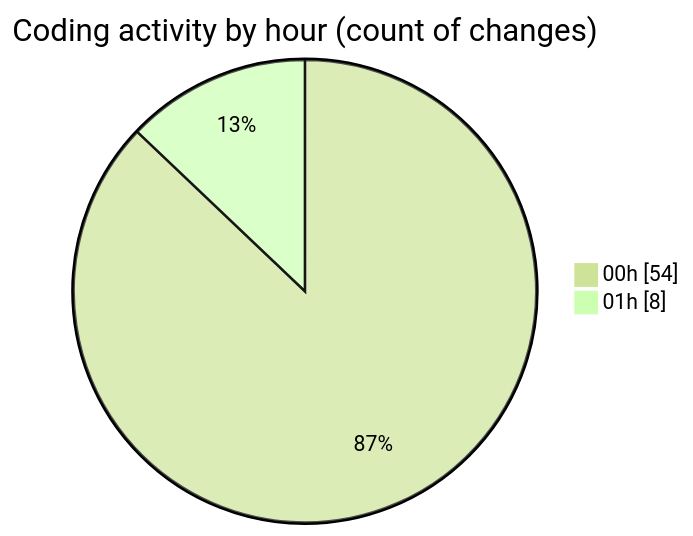
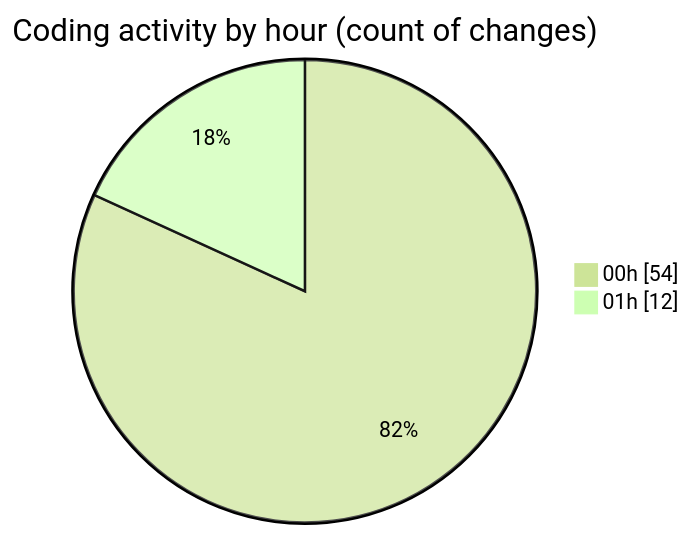
The second of 2 diagrams in 2025-07-26/quanlyrapchieuphim-1/README.md (lephambinh05/code-tracking), drawn with Mermaid (forest theme) before and after one commit. The commit also changed other lines of this file and 1 other file, not shown here.

````diff
--- a/2025-07-26/quanlyrapchieuphim-1/README.md
+++ b/2025-07-26/quanlyrapchieuphim-1/README.md
@@ -34,6 +34,6 @@
 ```mermaid
 pie showData
 title Coding activity by hour (count of changes)
 "00h" : 54
-"01h" : 8
+"01h" : 12
 ```
````
